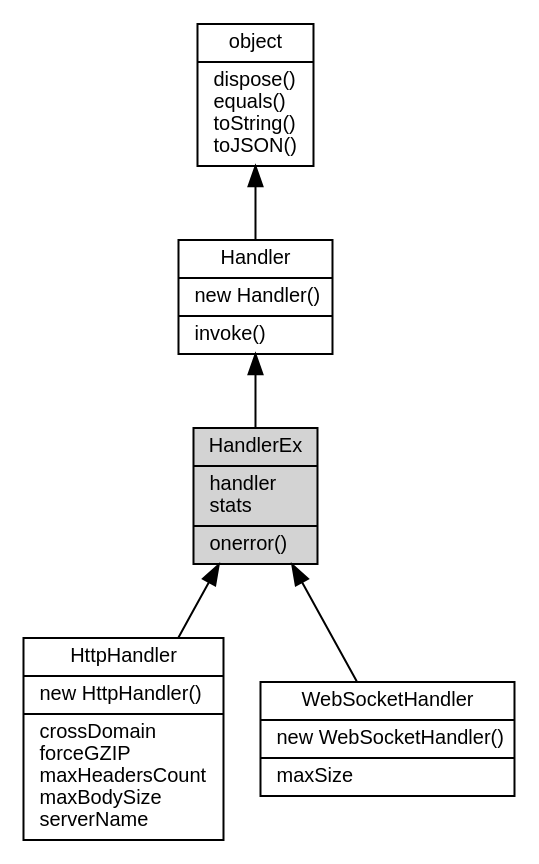
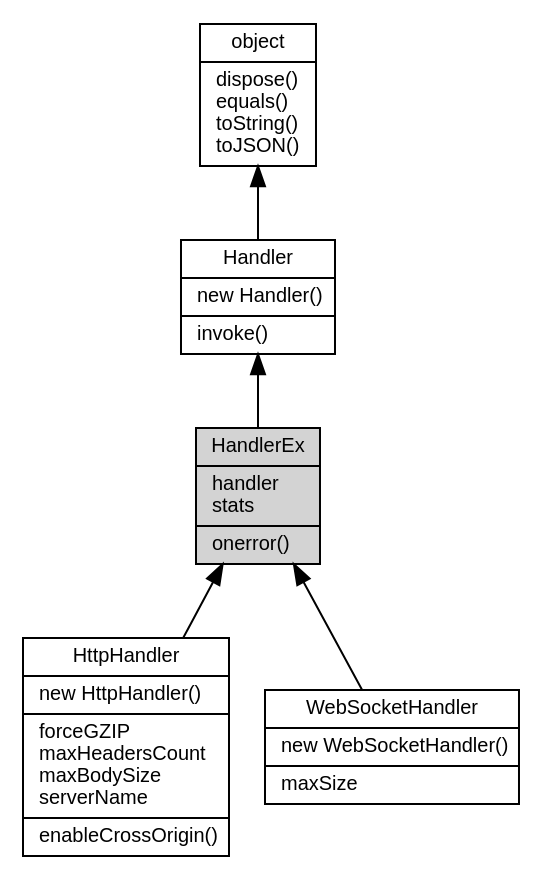
The diagram in docs/manual/object/ifs/HandlerEx.md (fibjs/fibjs.org), drawn with Graphviz before and after one commit. The commit also changed 241 other files, not shown here.

````diff
--- a/docs/manual/object/ifs/HandlerEx.md
+++ b/docs/manual/object/ifs/HandlerEx.md
@@ -5,16 +5,16 @@
 ```dot
 digraph {
     node [fontname="Helvetica,sans-Serif", fontsize=10, shape="record", style="filled", fillcolor="white"];
 
     object [tooltip="object", URL="object.md", label="{object|dispose()\lequals()\ltoString()\ltoJSON()\l}"];
     Handler [tooltip="Handler", URL="Handler.md", label="{Handler|new Handler()\l|invoke()\l}"];
     HandlerEx [tooltip="HandlerEx", fillcolor="lightgray", label="{HandlerEx|handler\lstats\l|onerror()\l}"];
-    HttpHandler [tooltip="HttpHandler", URL="HttpHandler.md", label="{HttpHandler|new HttpHandler()\l|crossDomain\lforceGZIP\lmaxHeadersCount\lmaxBodySize\lserverName\l}"];
+    HttpHandler [tooltip="HttpHandler", URL="HttpHandler.md", label="{HttpHandler|new HttpHandler()\l|forceGZIP\lmaxHeadersCount\lmaxBodySize\lserverName\l|enableCrossOrigin()\l}"];
     WebSocketHandler [tooltip="WebSocketHandler", URL="WebSocketHandler.md", label="{WebSocketHandler|new WebSocketHandler()\l|maxSize\l}"];
 
     object -> Handler [dir=back];
     Handler -> HandlerEx [dir=back];
     HandlerEx -> HttpHandler [dir=back];
     HandlerEx -> WebSocketHandler [dir=back];
 }
 ```
````
